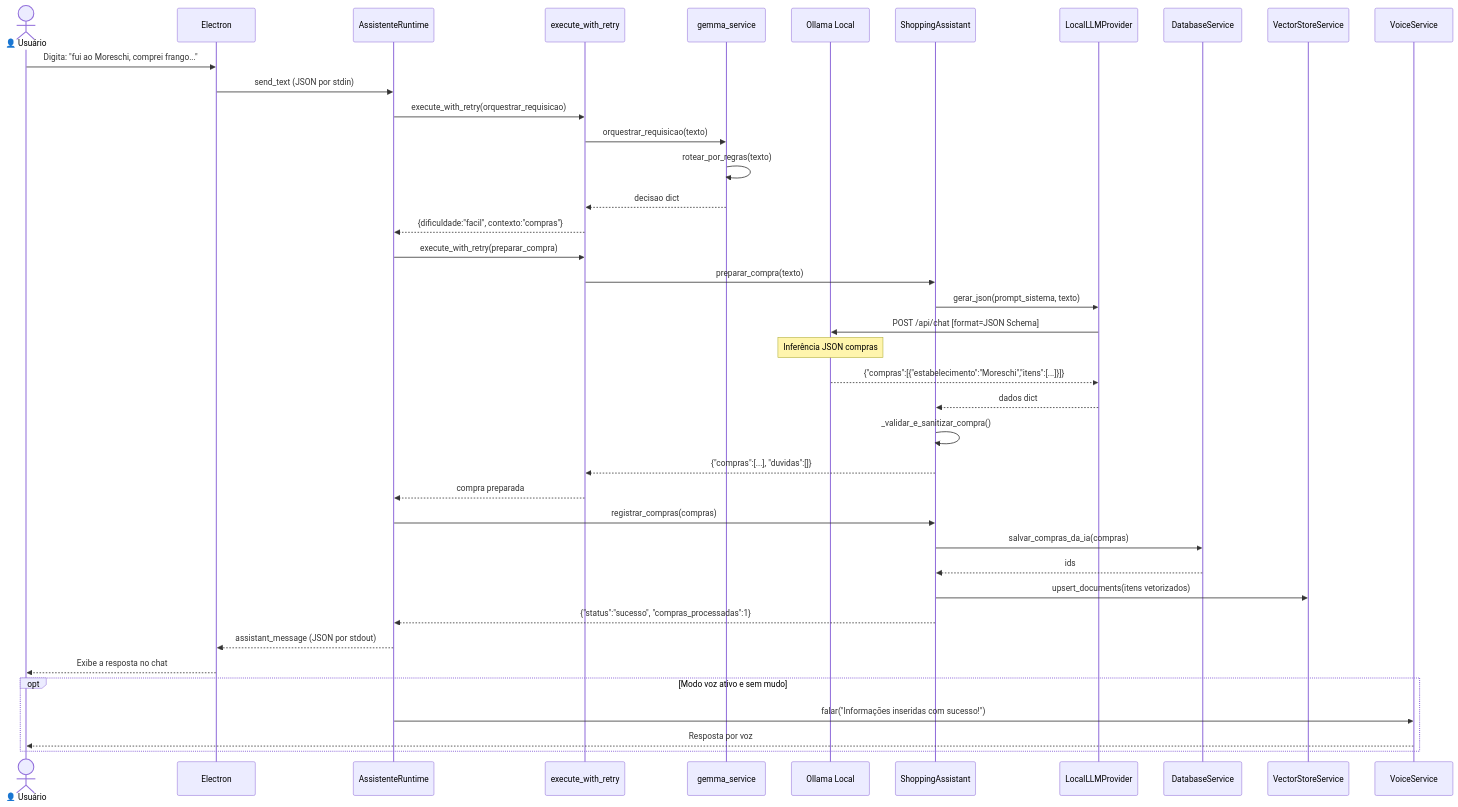
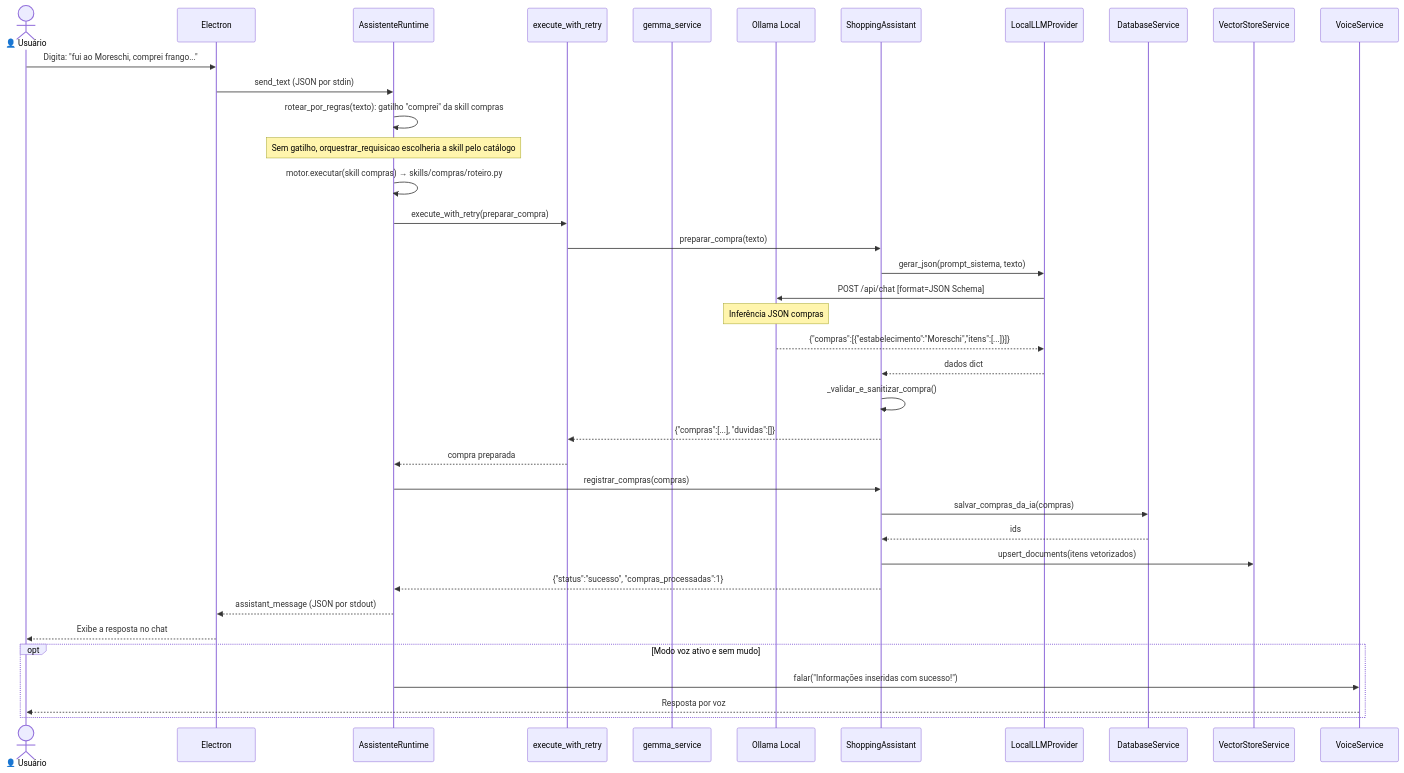
The fourth of 6 diagrams in Sobre a Versão/05 - Engenharia do Software.md (Felipe-Stu/assistente-domestico), drawn with Mermaid before and after one commit. The commit also changed other lines of this file and 7 other files, not shown here.

````diff
--- a/Sobre a Versão/05 - Engenharia do Software.md
+++ b/Sobre a Versão/05 - Engenharia do Software.md
@@ -169,46 +198,44 @@
 ```mermaid
 sequenceDiagram
     actor User as 👤 Usuário
     participant UI as Electron
     participant Main as AssistenteRuntime
     participant Retry as execute_with_retry
     participant Gemma as gemma_service
     participant Ollama as Ollama Local
     participant Shopping as ShoppingAssistant
     participant LocalLLM as LocalLLMProvider
     participant DB as DatabaseService
     participant Chroma as VectorStoreService
     participant Voice as VoiceService
 
     User->>UI: Digita: "fui ao Moreschi, comprei frango..."
     UI->>Main: send_text (JSON por stdin)
 
-    Main->>Retry: execute_with_retry(orquestrar_requisicao)
-    Retry->>Gemma: orquestrar_requisicao(texto)
-    Gemma->>Gemma: rotear_por_regras(texto)
-    Gemma-->>Retry: decisao dict
-    Retry-->>Main: {dificuldade:"facil", contexto:"compras"}
+    Main->>Main: rotear_por_regras(texto): gatilho "comprei" da skill compras
+    Note over Main: Sem gatilho, orquestrar_requisicao escolheria a skill pelo catálogo
+    Main->>Main: motor.executar(skill compras) → skills/compras/roteiro.py
 
     Main->>Retry: execute_with_retry(preparar_compra)
     Retry->>Shopping: preparar_compra(texto)
     Shopping->>LocalLLM: gerar_json(prompt_sistema, texto)
     LocalLLM->>Ollama: POST /api/chat [format=JSON Schema]
     Note over Ollama: Inferência JSON compras
     Ollama-->>LocalLLM: {"compras":[{"estabelecimento":"Moreschi","itens":[...]}]}
     LocalLLM-->>Shopping: dados dict
     Shopping->>Shopping: _validar_e_sanitizar_compra()
     Shopping-->>Retry: {"compras":[...], "duvidas":[]}
     Retry-->>Main: compra preparada
     Main->>Shopping: registrar_compras(compras)
     Shopping->>DB: salvar_compras_da_ia(compras)
     DB-->>Shopping: ids
     Shopping->>Chroma: upsert_documents(itens vetorizados)
     Shopping-->>Main: {"status":"sucesso", "compras_processadas":1}
 
     Main-->>UI: assistant_message (JSON por stdout)
     UI-->>User: Exibe a resposta no chat
     opt Modo voz ativo e sem mudo
         Main->>Voice: falar("Informações inseridas com sucesso!")
         Voice-->>User: Resposta por voz
     end
 ```
````
